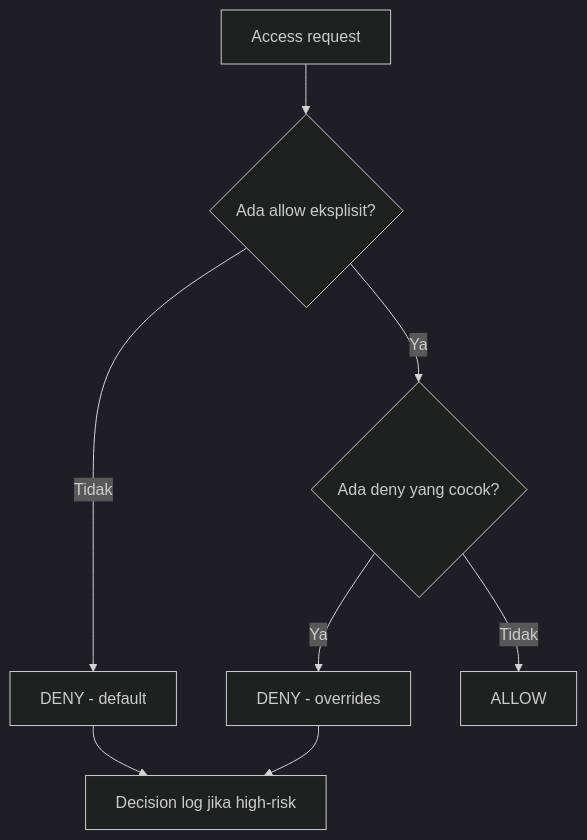
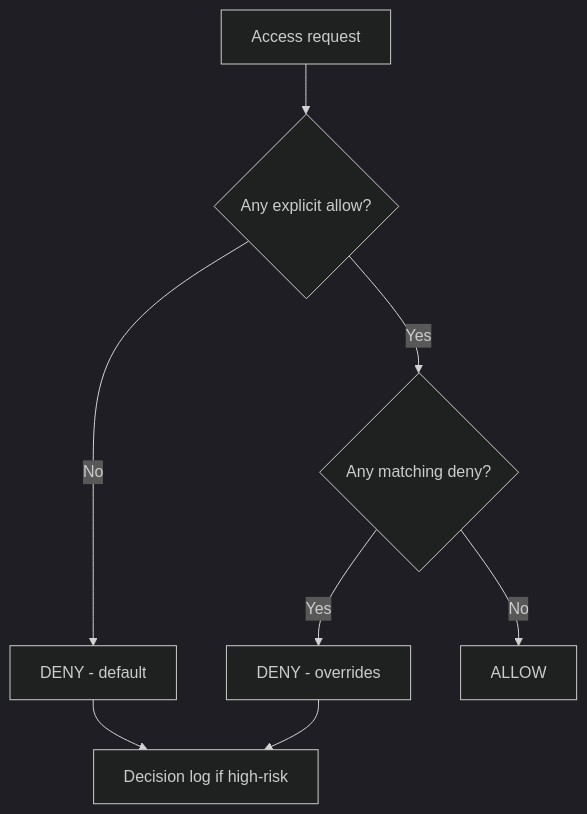
Before and after one commit to ahliweb/awcms: the second of 3 diagrams in docs/awcms/17_default_seed_rbac_abac.md, drawn with Mermaid (dark theme). The commit also changed other lines of this file and 603 other files, not shown here.

````diff
--- a/docs/awcms/17_default_seed_rbac_abac.md
+++ b/docs/awcms/17_default_seed_rbac_abac.md
@@ -160,10 +162,10 @@
 ```mermaid
 flowchart TD
-  Req[Access request] --> D0{Ada allow eksplisit?}
-  D0 -- Tidak --> Deny[DENY - default]
-  D0 -- Ya --> D1{Ada deny yang cocok?}
-  D1 -- Ya --> DenyO[DENY - overrides]
-  D1 -- Tidak --> Allow[ALLOW]
-  Deny --> Log[Decision log jika high-risk]
+  Req[Access request] --> D0{Any explicit allow?}
+  D0 -- No --> Deny[DENY - default]
+  D0 -- Yes --> D1{Any matching deny?}
+  D1 -- Yes --> DenyO[DENY - overrides]
+  D1 -- No --> Allow[ALLOW]
+  Deny --> Log[Decision log if high-risk]
   DenyO --> Log
 ```
````
